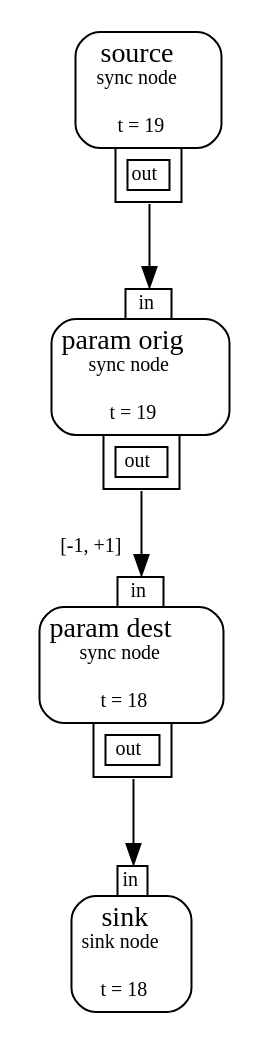
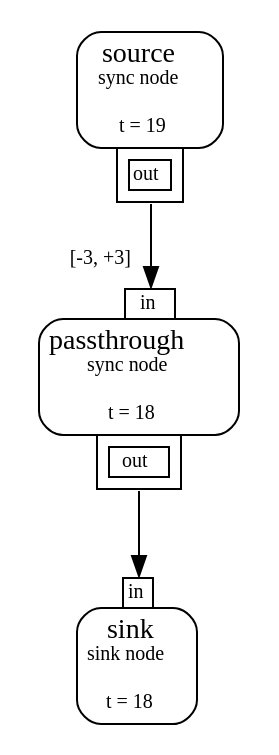
Before and after one commit to dbonattoj/mf: the diagram in gr.gv, drawn with Graphviz. The commit also changed 4 other files, not shown here.

```diff
--- a/gr.gv
+++ b/gr.gv
@@ -1,20 +1,16 @@
 digraph G{
 	rankdir=TB
 	node0 [shape=plaintext label=<
 <TABLE BORDER="0" CELLBORDER="0" CELLSPACING="0" CELLPADDING="0"><TR><TD COLSPAN="1" BORDER="1" STYLE="ROUNDED" CELLPADDING="4" COLOR="black">source<BR/><FONT POINT-SIZE="10">sync node</FONT><BR/><BR/><FONT POINT-SIZE="10">t = 19</FONT></TD></TR><TR><TD COLSPAN="1" BORDER="0"><TABLE BORDER="0" CELLBORDER="0" CELLSPACING="0" CELLPADDING="0"><TR><TD WIDTH="20"></TD><TD BORDER="1" CELLPADDING="3" PORT="out1" COLOR="black"><TABLE BORDER="0" CELLSPACING="2"><TR CELLPADDING="1"><TD BORDER="1" CELLPADDING="1"><FONT POINT-SIZE="10">out</FONT></TD></TR></TABLE></TD><TD WIDTH="20"></TD></TR></TABLE></TD></TR></TABLE>
 >];
 	node2 [shape=plaintext label=<
-<TABLE BORDER="0" CELLBORDER="0" CELLSPACING="0" CELLPADDING="0"><TR><TD WIDTH="20"></TD><TD BORDER="1" CELLPADDING="1" PORT="in3" COLOR="black"><FONT POINT-SIZE="10">in</FONT></TD><TD WIDTH="20"></TD></TR><TR><TD COLSPAN="3" BORDER="1" STYLE="ROUNDED" CELLPADDING="4" COLOR="black">param orig<BR/><FONT POINT-SIZE="10">sync node</FONT><BR/><BR/><FONT POINT-SIZE="10">t = 19</FONT></TD></TR><TR><TD COLSPAN="3" BORDER="0"><TABLE BORDER="0" CELLBORDER="0" CELLSPACING="0" CELLPADDING="0"><TR><TD WIDTH="20"></TD><TD BORDER="1" CELLPADDING="3" PORT="out4" COLOR="black"><TABLE BORDER="0" CELLSPACING="2"><TR CELLPADDING="1"><TD BORDER="1" CELLPADDING="1"><FONT POINT-SIZE="10">out</FONT></TD></TR></TABLE></TD><TD WIDTH="20"></TD></TR></TABLE></TD></TR></TABLE>
+<TABLE BORDER="0" CELLBORDER="0" CELLSPACING="0" CELLPADDING="0"><TR><TD WIDTH="20"></TD><TD BORDER="1" CELLPADDING="1" PORT="in3" COLOR="black"><FONT POINT-SIZE="10">in</FONT></TD><TD WIDTH="20"></TD></TR><TR><TD COLSPAN="3" BORDER="1" STYLE="ROUNDED" CELLPADDING="4" COLOR="black">passthrough<BR/><FONT POINT-SIZE="10">sync node</FONT><BR/><BR/><FONT POINT-SIZE="10">t = 18</FONT></TD></TR><TR><TD COLSPAN="3" BORDER="0"><TABLE BORDER="0" CELLBORDER="0" CELLSPACING="0" CELLPADDING="0"><TR><TD WIDTH="20"></TD><TD BORDER="1" CELLPADDING="3" PORT="out4" COLOR="black"><TABLE BORDER="0" CELLSPACING="2"><TR CELLPADDING="1"><TD BORDER="1" CELLPADDING="1"><FONT POINT-SIZE="10">out</FONT></TD></TR></TABLE></TD><TD WIDTH="20"></TD></TR></TABLE></TD></TR></TABLE>
 >];
 	node5 [shape=plaintext label=<
-<TABLE BORDER="0" CELLBORDER="0" CELLSPACING="0" CELLPADDING="0"><TR><TD WIDTH="20"></TD><TD BORDER="1" CELLPADDING="1" PORT="in6" COLOR="black"><FONT POINT-SIZE="10">in</FONT></TD><TD WIDTH="20"></TD></TR><TR><TD COLSPAN="3" BORDER="1" STYLE="ROUNDED" CELLPADDING="4" COLOR="black">param dest<BR/><FONT POINT-SIZE="10">sync node</FONT><BR/><BR/><FONT POINT-SIZE="10">t = 18</FONT></TD></TR><TR><TD COLSPAN="3" BORDER="0"><TABLE BORDER="0" CELLBORDER="0" CELLSPACING="0" CELLPADDING="0"><TR><TD WIDTH="20"></TD><TD BORDER="1" CELLPADDING="3" PORT="out7" COLOR="black"><TABLE BORDER="0" CELLSPACING="2"><TR CELLPADDING="1"><TD BORDER="1" CELLPADDING="1"><FONT POINT-SIZE="10">out</FONT></TD></TR></TABLE></TD><TD WIDTH="20"></TD></TR></TABLE></TD></TR></TABLE>
+<TABLE BORDER="0" CELLBORDER="0" CELLSPACING="0" CELLPADDING="0"><TR><TD WIDTH="20"></TD><TD BORDER="1" CELLPADDING="1" PORT="in6" COLOR="black"><FONT POINT-SIZE="10">in</FONT></TD><TD WIDTH="20"></TD></TR><TR><TD COLSPAN="3" BORDER="1" STYLE="ROUNDED" CELLPADDING="4" COLOR="black">sink<BR/><FONT POINT-SIZE="10">sink node</FONT><BR/><BR/><FONT POINT-SIZE="10">t = 18</FONT></TD></TR></TABLE>
 >];
-	node8 [shape=plaintext label=<
-<TABLE BORDER="0" CELLBORDER="0" CELLSPACING="0" CELLPADDING="0"><TR><TD WIDTH="20"></TD><TD BORDER="1" CELLPADDING="1" PORT="in9" COLOR="black"><FONT POINT-SIZE="10">in</FONT></TD><TD WIDTH="20"></TD></TR><TR><TD COLSPAN="3" BORDER="1" STYLE="ROUNDED" CELLPADDING="4" COLOR="black">sink<BR/><FONT POINT-SIZE="10">sink node</FONT><BR/><BR/><FONT POINT-SIZE="10">t = 18</FONT></TD></TR></TABLE>
->];
-	node0:out1 -> node2:in3 [style="", arrowhead="normal", color=black, headlabel=<>, fontsize=10, labelangle=45, labeldistance=2.0, labelfontcolor=black];
-	node2:out4 -> node5:in6 [style="", arrowhead="normal", color=black, headlabel=<[-1, +1]     >, fontsize=10, labelangle=45, labeldistance=2.0, labelfontcolor=black];
-	node5:out7 -> node8:in9 [style="", arrowhead="normal", color=black, headlabel=<>, fontsize=10, labelangle=45, labeldistance=2.0, labelfontcolor=black];
+	node0:out1 -> node2:in3 [style="", arrowhead="normal", color=black, headlabel=<[-3, +3]     >, fontsize=10, labelangle=45, labeldistance=2.0, labelfontcolor=black];
+	node2:out4 -> node5:in6 [style="", arrowhead="normal", color=black, headlabel=<>, fontsize=10, labelangle=45, labeldistance=2.0, labelfontcolor=black];
 	{rank=source; node0}
-	{rank=sink; node8}
+	{rank=sink; node5}
 }
```
